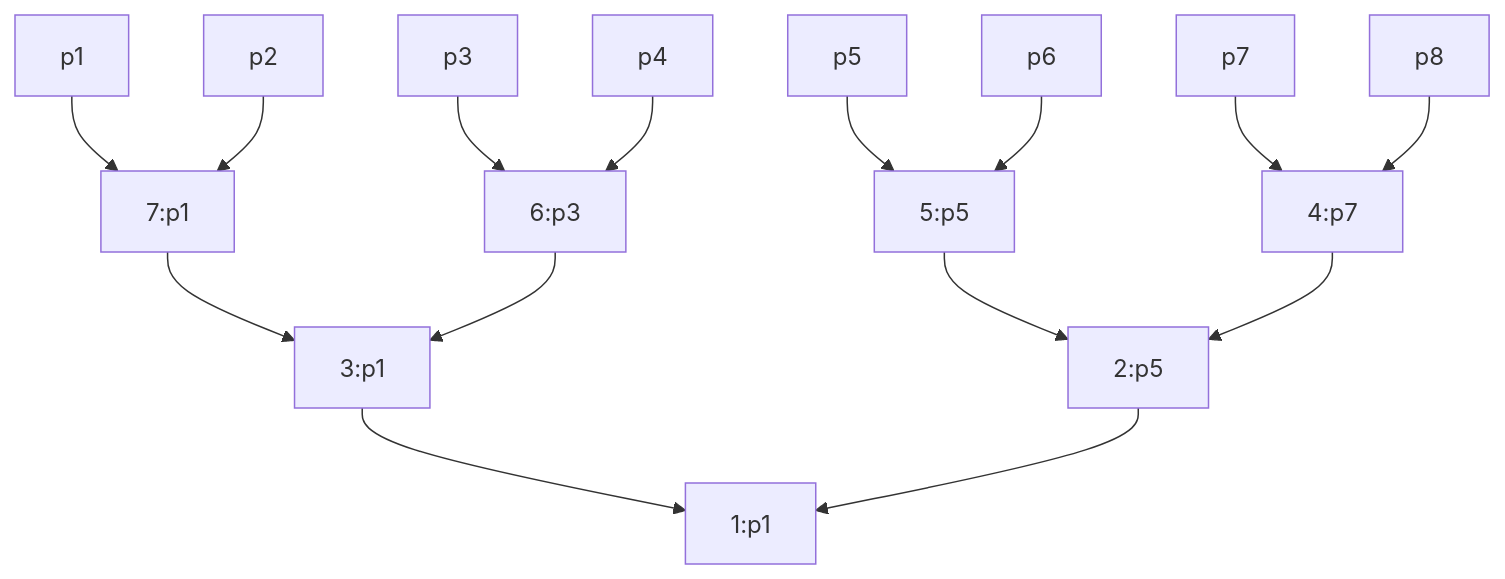
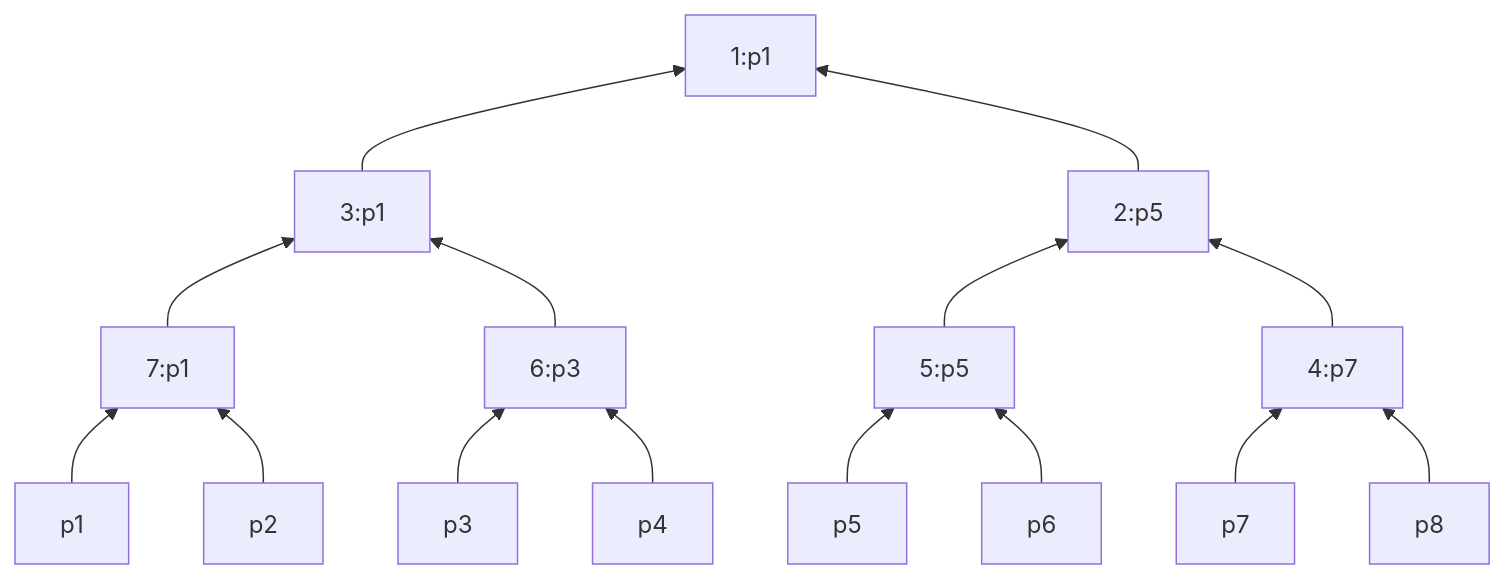
Before and after one commit to huogerac/wimbledon: the first of 3 diagrams in README.md, drawn with Mermaid. The commit also changed other lines of this file and 4 other files, not shown here.

````diff
--- a/README.md
+++ b/README.md
@@ -85,19 +40,19 @@
 ```mermaid
-flowchart TB
+flowchart BT
     p1--> 7:p1
     p2--> 7:p1
     p3--> 6:p3
     p4--> 6:p3
     p5--> 5:p5
     p6--> 5:p5
     p7--> 4:p7
     p8--> 4:p7
 
     7:p1--> 3:p1
     6:p3--> 3:p1
     5:p5--> 2:p5
     4:p7--> 2:p5
 
     3:p1--> 1:p1
     2:p5--> 1:p1
 ```
````
